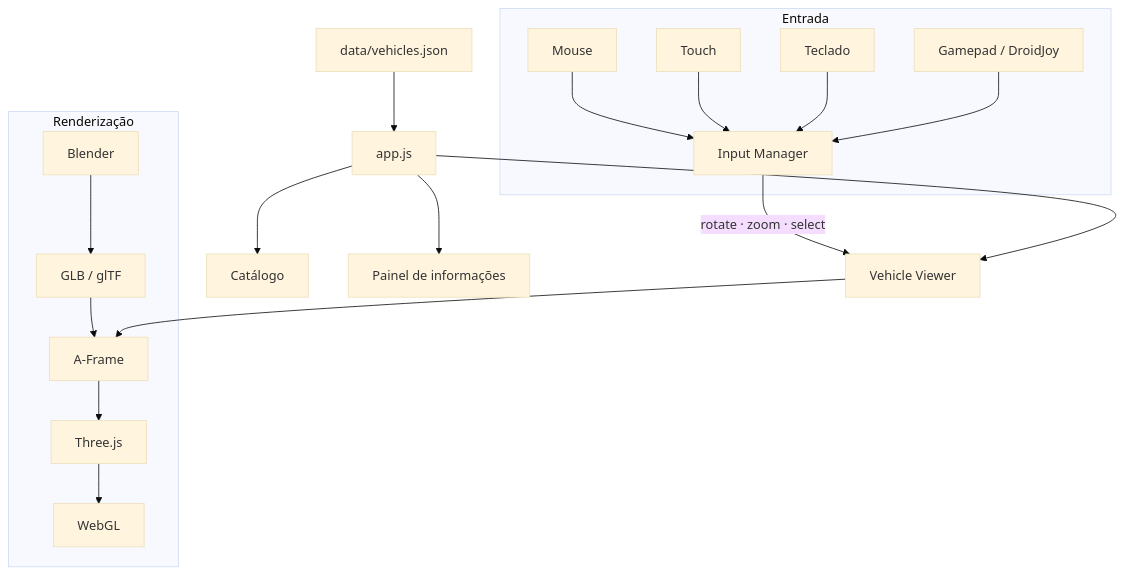
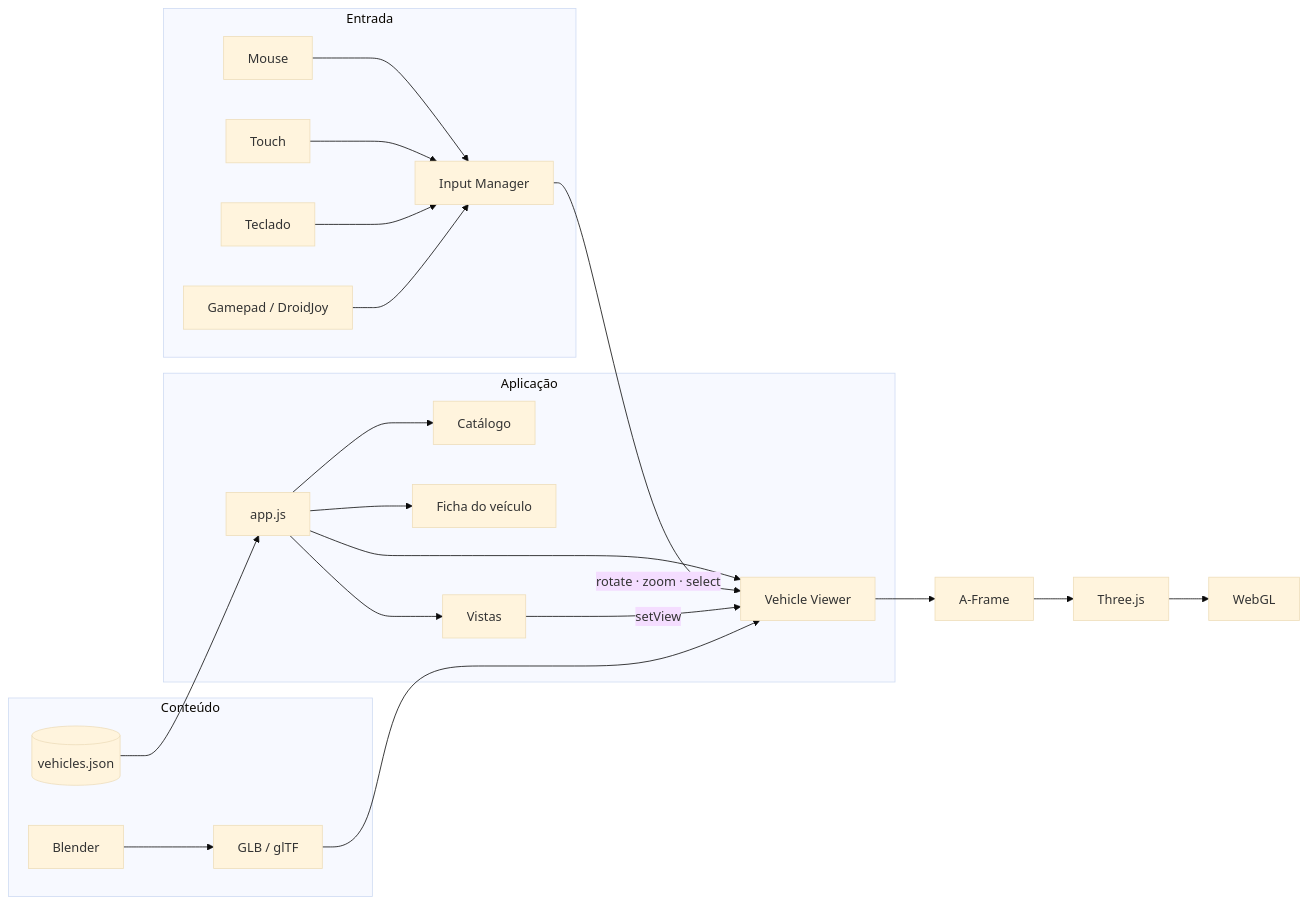
One commit to lianeheidemann/vehicle-3d-showroom changed the diagram in README.md. Above: the diagram before and after it, drawn with Mermaid (base theme). The commit also changed other lines of this file and 2 other files, not shown here.

````diff
--- a/README.md
+++ b/README.md
@@ -43,23 +84,27 @@
 ```mermaid
-flowchart TD
-    subgraph Renderização
+flowchart LR
+    subgraph Conteúdo
         B[Blender] --> G[GLB / glTF]
-        G --> A[A-Frame]
-        A --> T[Three.js]
-        T --> W[WebGL]
+        J[(vehicles.json)]
     end
 
     subgraph Entrada
         M[Mouse] --> IM[Input Manager]
         TO[Touch] --> IM
         K[Teclado] --> IM
         GP[Gamepad / DroidJoy] --> IM
     end
 
-    IM -->|rotate · zoom · select| V[Vehicle Viewer]
-    V --> A
-    J[data/vehicles.json] --> APP[app.js]
-    APP --> C[Catálogo]
-    APP --> I[Painel de informações]
-    APP --> V
+    subgraph Aplicação
+        APP[app.js] --> C[Catálogo]
+        APP --> I[Ficha do veículo]
+        APP --> GA[Vistas]
+        APP --> V[Vehicle Viewer]
+    end
+
+    J --> APP
+    IM -- "rotate · zoom · select" --> V
+    GA -- "setView" --> V
+    G --> V
+    V --> A[A-Frame] --> T[Three.js] --> W[WebGL]
 ```
````
